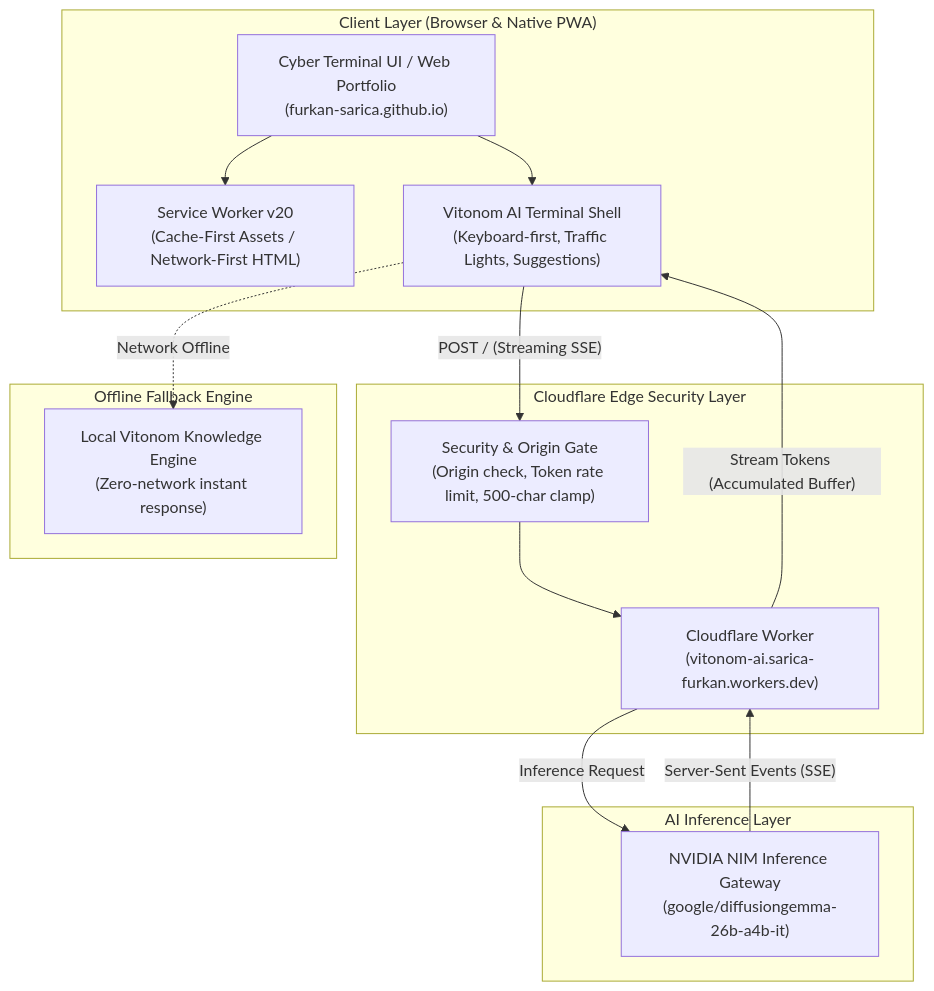
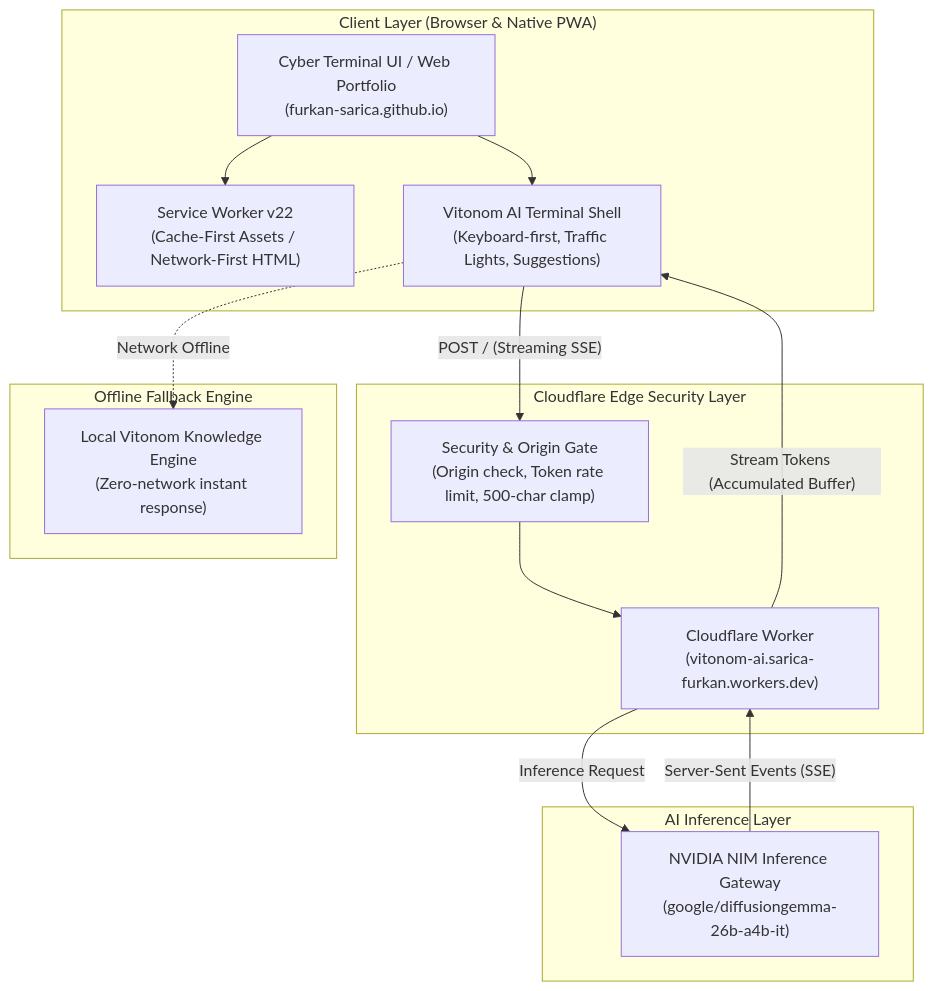
Before and after one commit to furkan-sarica/furkan-sarica.github.io: the diagram in README.md, drawn with Mermaid. The commit also changed other lines of this file, not shown here.

````diff
--- a/README.md
+++ b/README.md
@@ -23,30 +23,30 @@
 ```mermaid
 flowchart TD
     subgraph Client ["Client Layer (Browser & Native PWA)"]
         UI["Cyber Terminal UI / Web Portfolio<br/>(furkan-sarica.github.io)"]
-        SW["Service Worker v20<br/>(Cache-First Assets / Network-First HTML)"]
+        SW["Service Worker v22<br/>(Cache-First Assets / Network-First HTML)"]
         CLI["Vitonom AI Terminal Shell<br/>(Keyboard-first, Traffic Lights, Suggestions)"]
     end
 
     subgraph Edge ["Cloudflare Edge Security Layer"]
         CF["Cloudflare Worker<br/>(vitonom-ai.sarica-furkan.workers.dev)"]
         Guard["Security & Origin Gate<br/>(Origin check, Token rate limit, 500-char clamp)"]
     end
 
     subgraph AI ["AI Inference Layer"]
         NIM["NVIDIA NIM Inference Gateway<br/>(google/diffusiongemma-26b-a4b-it)"]
     end
 
     subgraph LocalFallback ["Offline Fallback Engine"]
         LMem["Local Vitonom Knowledge Engine<br/>(Zero-network instant response)"]
     end
 
     UI --> SW
     UI --> CLI
     CLI -- "POST / (Streaming SSE)" --> Guard
     Guard --> CF
     CF -- "Inference Request" --> NIM
     NIM -- "Server-Sent Events (SSE)" --> CF
     CF -- "Stream Tokens (Accumulated Buffer)" --> CLI
     CLI -. "Network Offline" .-> LMem
 ```
````
